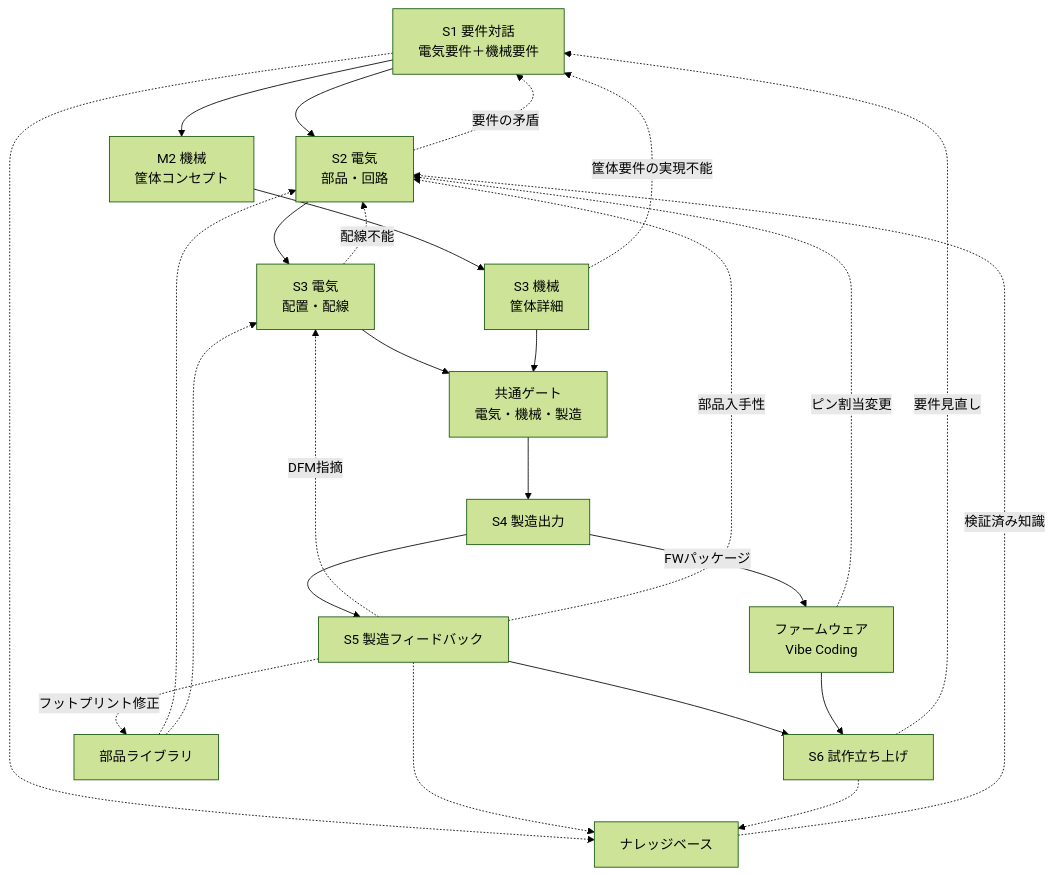
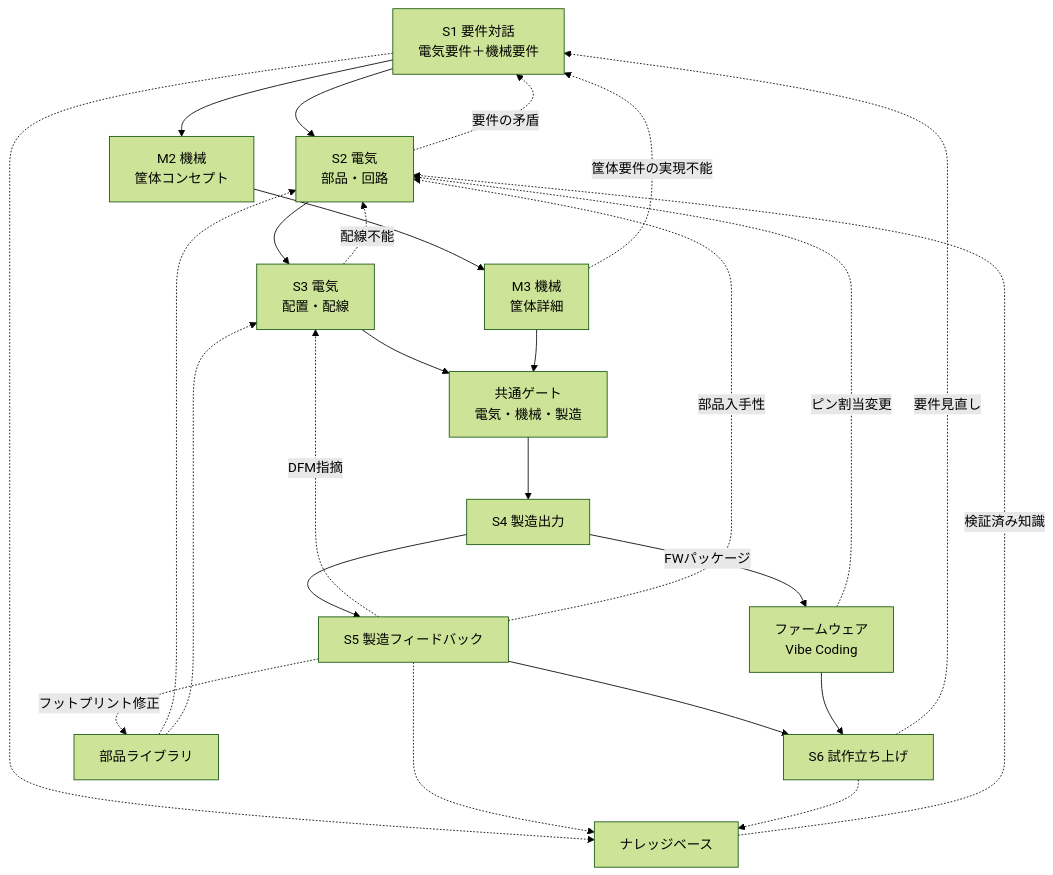
Before and after one commit to uist1idrju3i/acd-agent: the first of 2 diagrams in docs/design-flow.md, drawn with Mermaid (forest theme). The commit also changed other lines of this file and 11 other files, not shown here.

````diff
--- a/docs/design-flow.md
+++ b/docs/design-flow.md
@@ -8,28 +12,28 @@
 ```mermaid
 flowchart TB
     S1["S1 要件対話<br/>電気要件＋機械要件"] --> E2["S2 電気<br/>部品・回路"]
     S1 --> M2["M2 機械<br/>筐体コンセプト"]
     E2 --> E3["S3 電気<br/>配置・配線"]
-    M2 --> M3["S3 機械<br/>筐体詳細"]
+    M2 --> M3["M3 機械<br/>筐体詳細"]
     E3 --> G["共通ゲート<br/>電気・機械・製造"]
     M3 --> G
     G --> S4["S4 製造出力"]
     S4 --> S5["S5 製造フィードバック"]
     S5 --> S6["S6 試作立ち上げ"]
     S6 -.->|要件見直し| S1
     S4 -->|FWパッケージ| FW["ファームウェア<br/>Vibe Coding"]
     FW --> S6
     LIB["部品ライブラリ"] -.-> E2
     LIB -.-> E3
     E2 -.->|要件の矛盾| S1
     E3 -.->|配線不能| E2
     M3 -.->|筐体要件の実現不能| S1
     S5 -.->|DFM指摘| E3
     S5 -.->|部品入手性| E2
     S5 -.->|フットプリント修正| LIB
     FW -.->|ピン割当変更| E2
     KB["ナレッジベース"] -.->|検証済み知識| E2
     S1 -.-> KB
     S5 -.-> KB
     S6 -.-> KB
 ```
````
